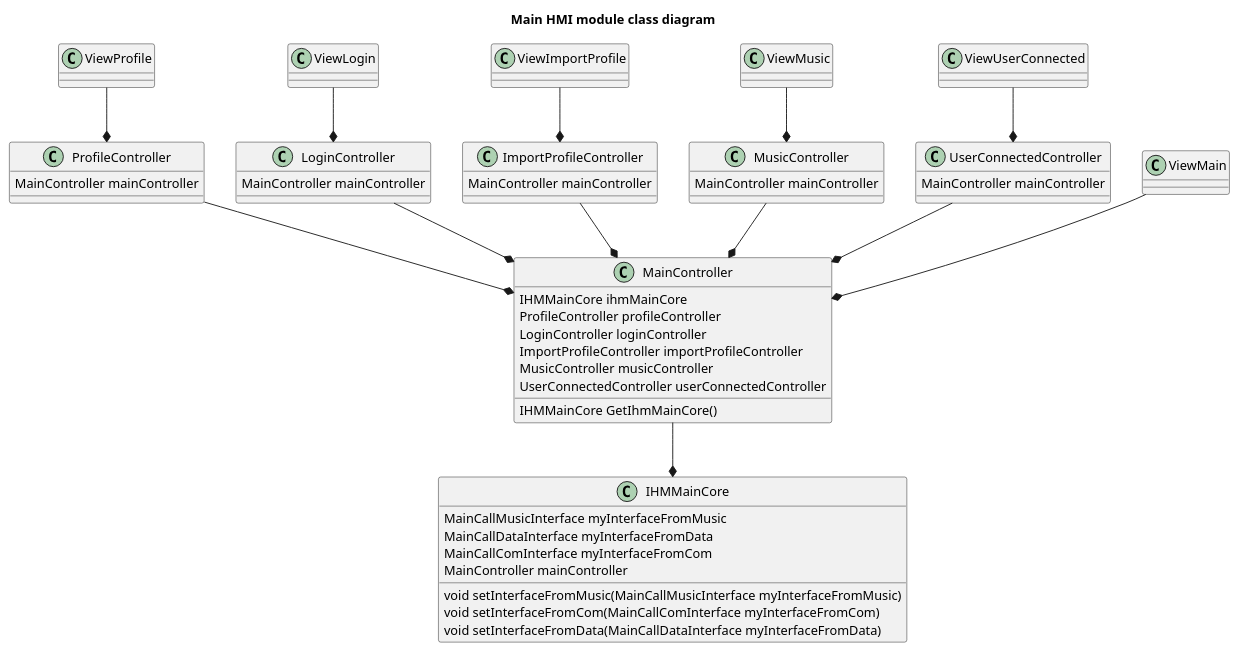
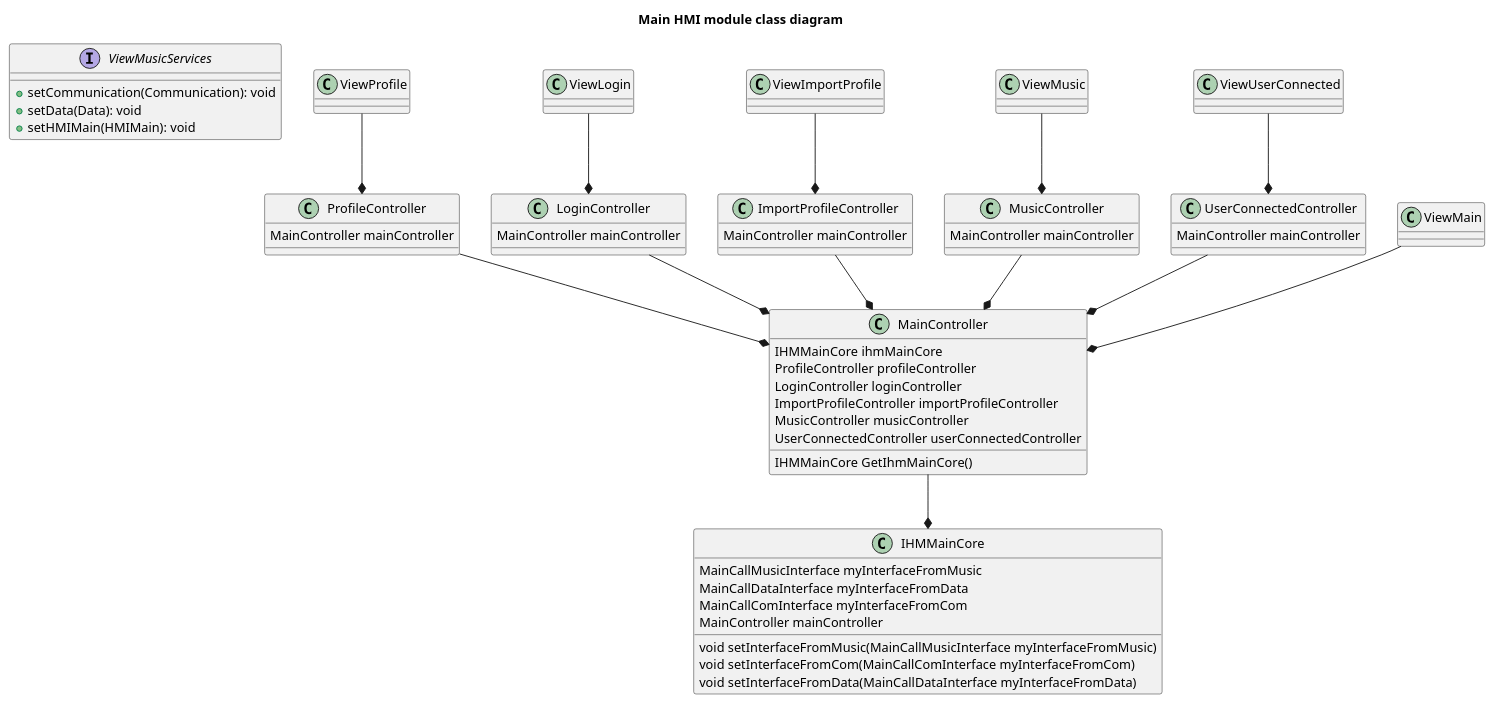
The diagram in class/hmi_main.puml (UTCAI12/Diagrams), drawn with PlantUML before and after one commit. The commit also changed 5 other files, not shown here.

```diff
--- a/class/hmi_main.puml
+++ b/class/hmi_main.puml
@@ -1,72 +1,78 @@
 @startuml Main HMI module class diagram
 title Main HMI module class diagram
+
+    interface ViewMusicServices  {
+    + setCommunication(Communication): void
+    + setData(Data): void
+    + setHMIMain(HMIMain): void
+    }
 
     class IHMMainCore {
         MainCallMusicInterface myInterfaceFromMusic
         MainCallDataInterface myInterfaceFromData
         MainCallComInterface myInterfaceFromCom
         MainController mainController
 
         void setInterfaceFromMusic(MainCallMusicInterface myInterfaceFromMusic)
         void setInterfaceFromCom(MainCallComInterface myInterfaceFromCom)
         void setInterfaceFromData(MainCallDataInterface myInterfaceFromData)
     }
 
 
     class ProfileController {
         MainController mainController
     }
 
     class LoginController {
         MainController mainController
     }
 
     class ImportProfileController {
         MainController mainController
     }
 
     class MusicController {
         MainController mainController
     }
 
     class UserConnectedController {
         MainController mainController
     }
 
 
     class ViewProfile
     class ViewLogin
     class ViewImportProfile
     class ViewMusic
     class ViewUserConnected
     class ViewMain
 
 
     class MainController {
         IHMMainCore ihmMainCore
         ProfileController profileController
         LoginController loginController
         ImportProfileController importProfileController
         MusicController musicController
         UserConnectedController userConnectedController
 
         IHMMainCore GetIhmMainCore()
     }
 
     ViewProfile --* ProfileController
     ViewLogin --* LoginController
     ViewImportProfile --* ImportProfileController
     ViewMusic --* MusicController
     ViewUserConnected --* UserConnectedController
     ViewMain --* MainController
 
 
     MainController --* IHMMainCore
 
     ProfileController --* MainController
     LoginController --* MainController
     ImportProfileController --* MainController
     MusicController --* MainController
     UserConnectedController --* MainController
 
 @enduml
```
